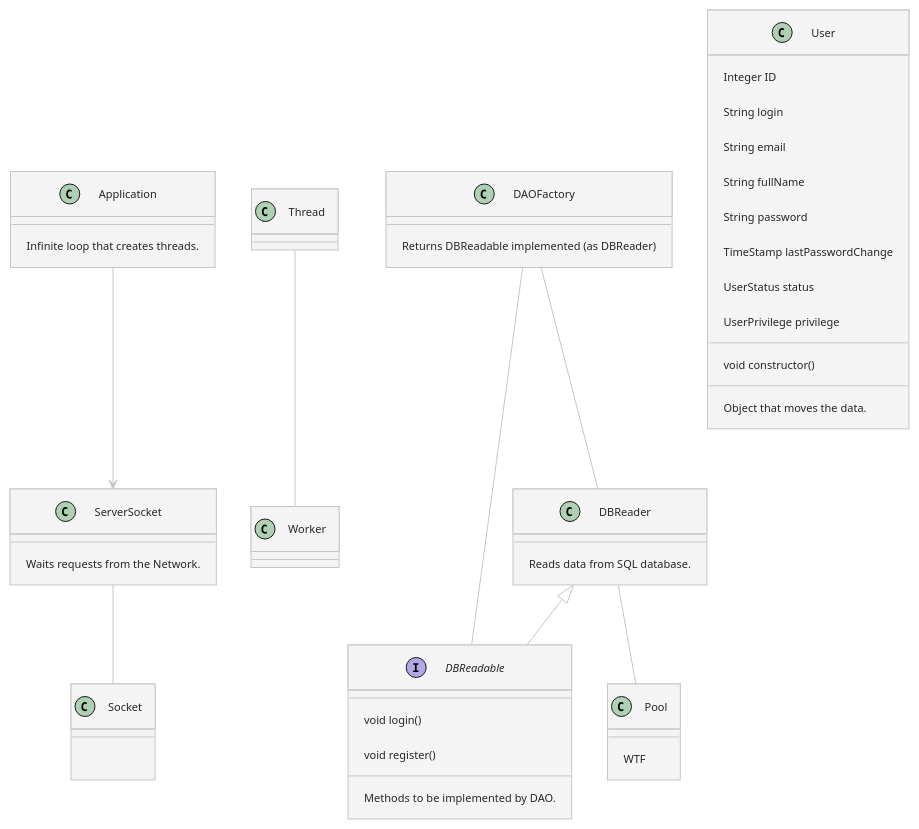
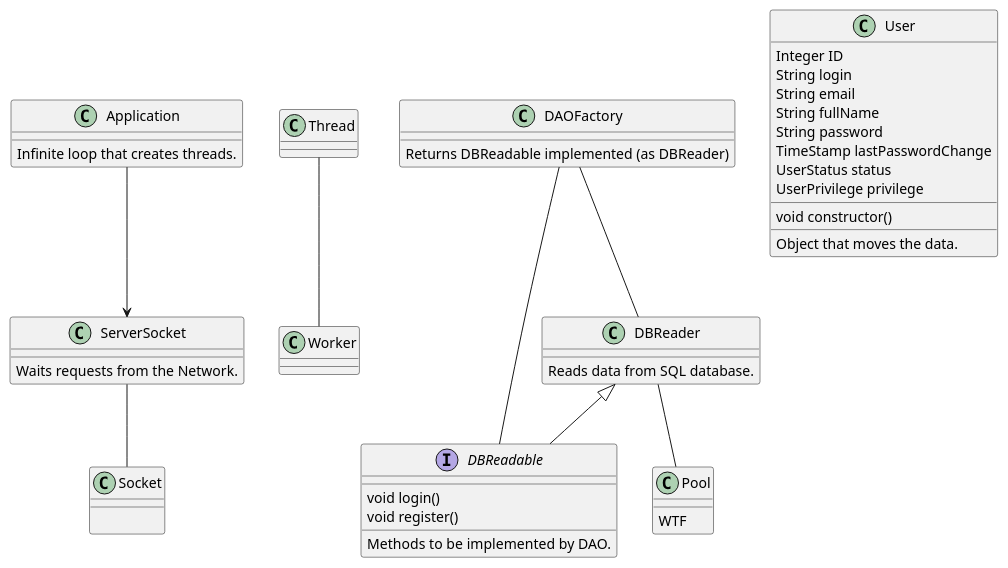
One commit to optickx/ClientReto1 changed the diagram in uml/server.puml. Above: the diagram before and after it, drawn with PlantUML. The commit also changed 2 other files, not shown here.

Commit message:
the diagrams are getting better

```diff
--- a/uml/server.puml
+++ b/uml/server.puml
@@ -1,74 +1,73 @@
 @startuml server
-!theme carbon-gray
 
 
 class Application {
     __
     Infinite loop that creates threads.
 }
 
 
 
 class ServerSocket {
     __
     Waits requests from the Network.
 }
 
 class Socket {
     __
 
 }
 
 class Thread {
 }
 
 class Worker {
 }
 
 class DAOFactory {
     __
     Returns DBReadable implemented (as DBReader)
 }
 
 interface DBReadable {
     __
     void login()
     void register() 
     __
     Methods to be implemented by DAO.
 } 
 
 class DBReader {
     __
     Reads data from SQL database.
 }
 
 class Pool {
     __
     WTF
 }
 
 class User {
     Integer ID
     String login
     String email
     String fullName
     String password
     TimeStamp lastPasswordChange
     UserStatus status
     UserPrivilege privilege
     __
     void constructor()
     __
     Object that moves the data.
 }
 
 Application --> ServerSocket
 ServerSocket -- Socket
 Thread -- Worker
 DAOFactory -- DBReadable
 DBReader <|-- DBReadable
 DAOFactory -- DBReader
 
 DBReader -- Pool
 @enduml
```
